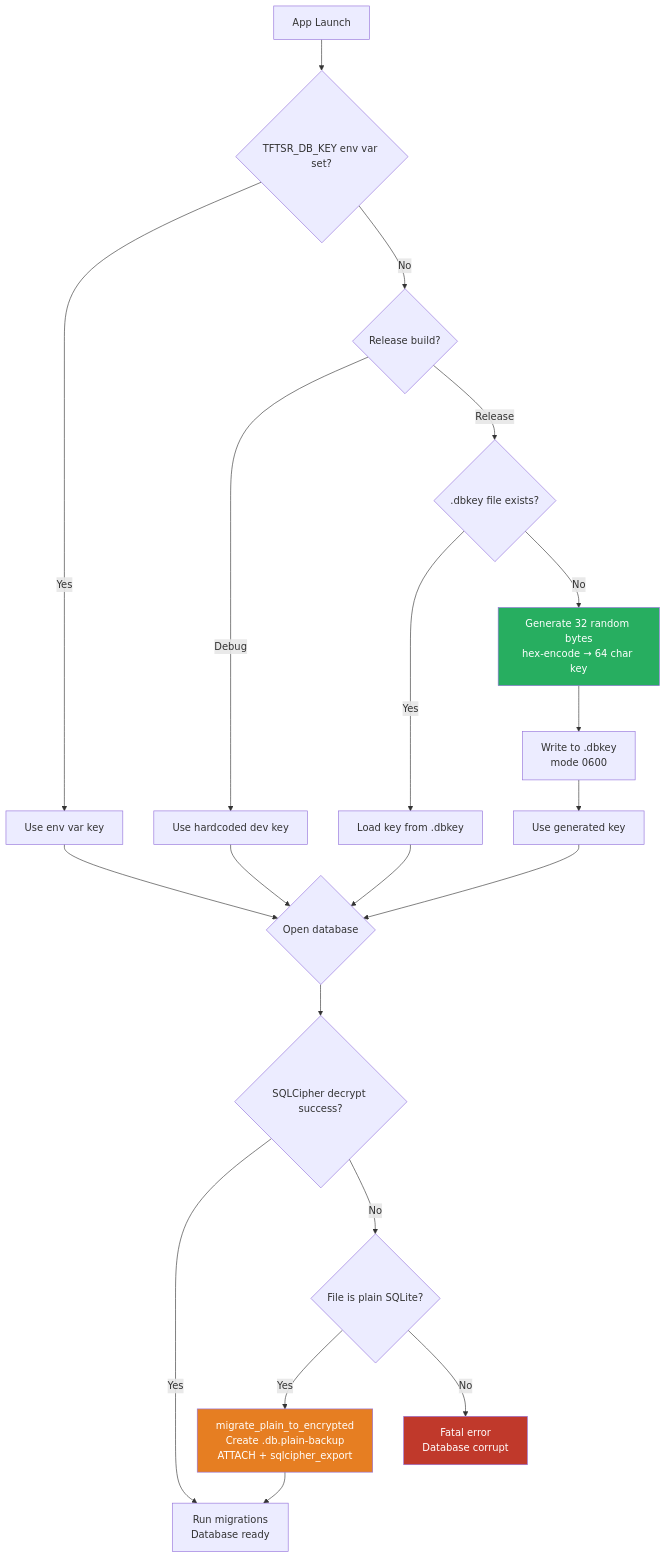
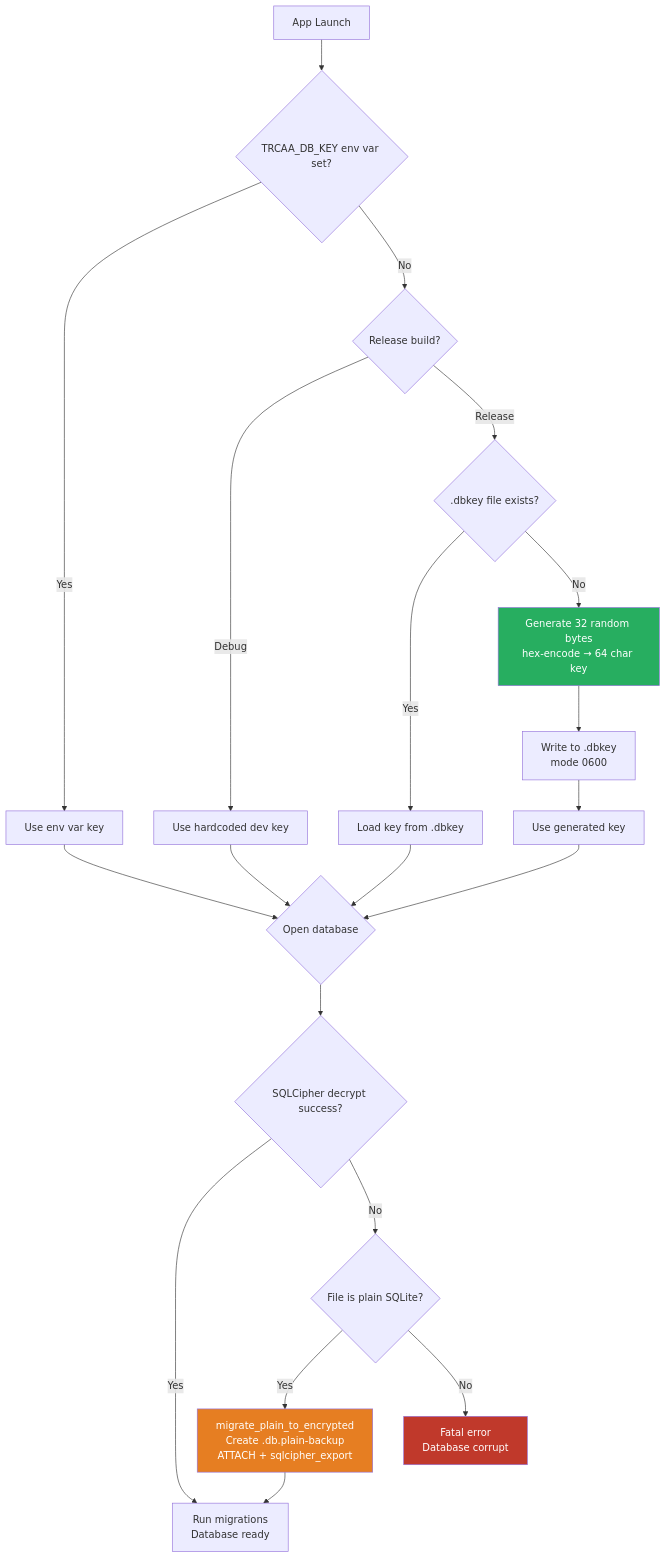
Diagram 19 of 19 in docs/architecture/README.md (armconsol/tftsr-devops_investigation), drawn with Mermaid before and after one commit. The commit also changed other lines of this file and 113 other files, not shown here.

````diff
--- a/docs/architecture/README.md
+++ b/docs/architecture/README.md
@@ -821,28 +1309,28 @@
 ```mermaid
 flowchart TD
-    A[App Launch] --> B{TFTSR_DB_KEY env var set?}
+    A[App Launch] --> B{TRCAA_DB_KEY env var set?}
     B -->|Yes| C[Use env var key]
     B -->|No| D{Release build?}
     D -->|Debug| E[Use hardcoded dev key]
     D -->|Release| F{.dbkey file exists?}
     F -->|Yes| G[Load key from .dbkey]
     F -->|No| H[Generate 32 random bytes\nhex-encode → 64 char key]
     H --> I[Write to .dbkey\nmode 0600]
     I --> J[Use generated key]
 
     G --> K{Open database}
     C --> K
     E --> K
     J --> K
 
     K --> L{SQLCipher decrypt success?}
     L -->|Yes| M[Run migrations\nDatabase ready]
     L -->|No| N{File is plain SQLite?}
     N -->|Yes| O[migrate_plain_to_encrypted\nCreate .db.plain-backup\nATTACH + sqlcipher_export]
     N -->|No| P[Fatal error\nDatabase corrupt]
     O --> M
 
     style H fill:#27ae60,color:#fff
     style O fill:#e67e22,color:#fff
     style P fill:#c0392b,color:#fff
 ```
````
